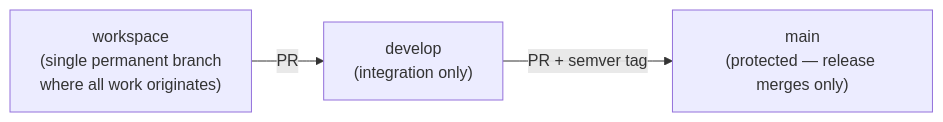
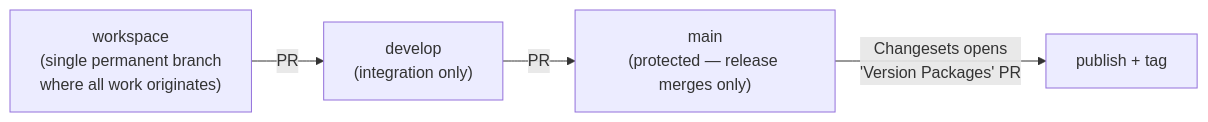
One commit to usetheodev/theo-ui changed the diagram in packages/ui/wiki/quality-gates/branch-protection.md. Above: the diagram before and after it, drawn with Mermaid. The commit also changed other lines of this file and 9 other files, not shown here.

````diff
--- a/packages/ui/wiki/quality-gates/branch-protection.md
+++ b/packages/ui/wiki/quality-gates/branch-protection.md
@@ -44,9 +44,10 @@
 ```mermaid
 flowchart LR
   W["workspace<br/>(single permanent branch<br/>where all work originates)"]
   D["develop<br/>(integration only)"]
   M["main<br/>(protected — release merges only)"]
 
   W -->|PR| D
-  D -->|"PR + semver tag"| M
+  D -->|PR| M
+  M -->|"Changesets opens<br/>'Version Packages' PR"| R["publish + tag"]
 ```
````
